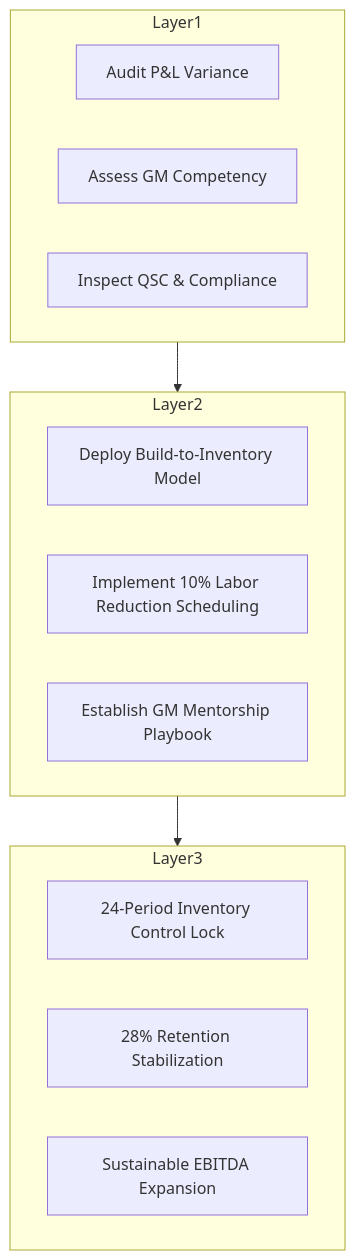
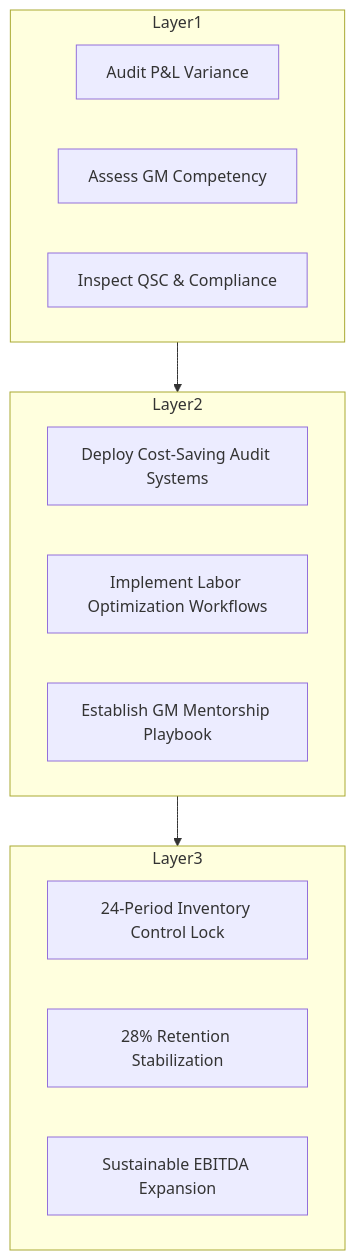
The diagram in WOODS_OPERATIONAL_FRAMEWORK_EXECUTIVE_BRIEF.md (netguy47/woods-career-intelligence), drawn with Mermaid before and after one commit. The commit also changed other lines of this file and 9 other files, not shown here.

````diff
--- a/WOODS_OPERATIONAL_FRAMEWORK_EXECUTIVE_BRIEF.md
+++ b/WOODS_OPERATIONAL_FRAMEWORK_EXECUTIVE_BRIEF.md
@@ -34,23 +34,23 @@
 ```mermaid
 flowchart TD
     Layer1["Layer 1: Verified Unit Baseline Audit"] --> Layer2["Layer 2: Leadership & Process Engineering"]
     Layer2 --> Layer3["Layer 3: Automated Governance & Margin Control"]
     
     subgraph Layer1
         A1["Audit P&L Variance"]
         A2["Assess GM Competency"]
         A3["Inspect QSC & Compliance"]
     end
     
     subgraph Layer2
-        B1["Deploy Build-to-Inventory Model"]
-        B2["Implement 10% Labor Reduction Scheduling"]
+        B1["Deploy Cost-Saving Audit Systems"]
+        B2["Implement Labor Optimization Workflows"]
         B3["Establish GM Mentorship Playbook"]
     end
     
     subgraph Layer3
         C1["24-Period Inventory Control Lock"]
         C2["28% Retention Stabilization"]
         C3["Sustainable EBITDA Expansion"]
     end
 ```
````
